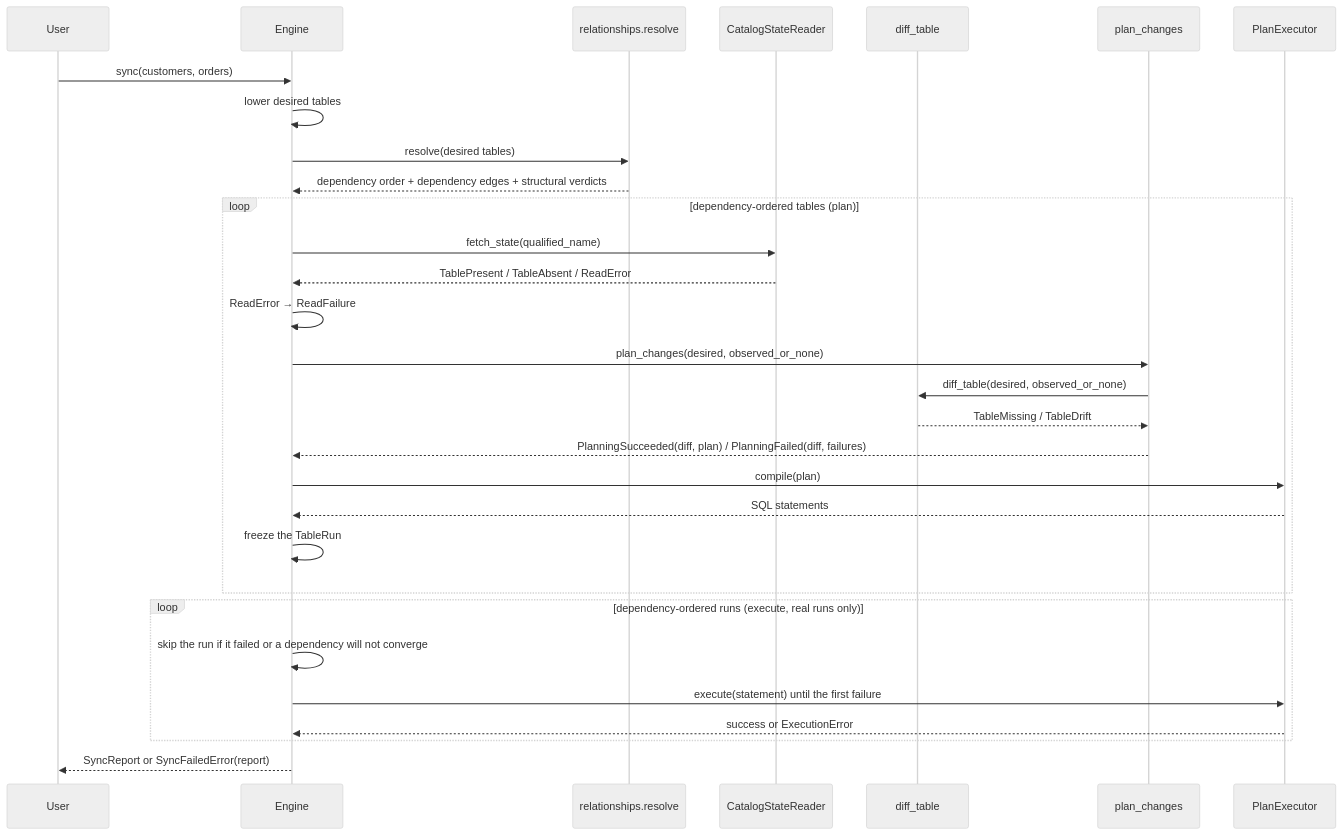
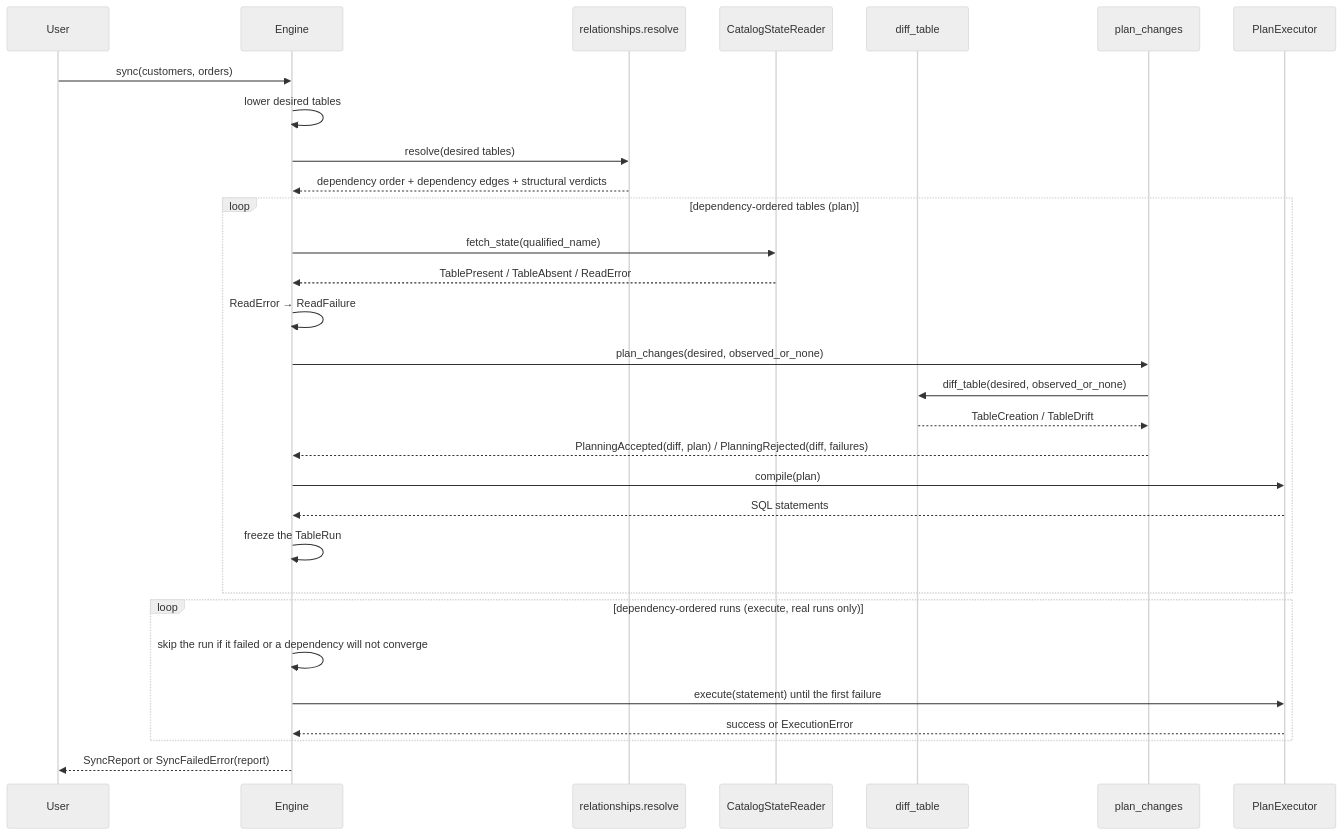
One commit to Tomoscorbin/delta-engine changed the third of 5 diagrams in docs/explanation-architecture.md. Above: the diagram before and after it, drawn with Mermaid (neutral theme). The commit also changed other lines of this file and 26 other files, not shown here.

````diff
--- a/docs/explanation-architecture.md
+++ b/docs/explanation-architecture.md
@@ -277,33 +277,33 @@
 ```mermaid
 sequenceDiagram
     participant User
     participant Engine
     participant Resolver as relationships.resolve
     participant Reader as CatalogStateReader
     participant Differ as diff_table
     participant Planner as plan_changes
     participant Executor as PlanExecutor
 
     User->>Engine: sync(customers, orders)
     Engine->>Engine: lower desired tables
     Engine->>Resolver: resolve(desired tables)
     Resolver-->>Engine: dependency order + dependency edges + structural verdicts
     loop dependency-ordered tables (plan)
         Engine->>Reader: fetch_state(qualified_name)
         Reader-->>Engine: TablePresent / TableAbsent / ReadError
         Engine->>Engine: ReadError → ReadFailure
         Engine->>Planner: plan_changes(desired, observed_or_none)
         Planner->>Differ: diff_table(desired, observed_or_none)
-        Differ-->>Planner: TableMissing / TableDrift
-        Planner-->>Engine: PlanningSucceeded(diff, plan) / PlanningFailed(diff, failures)
+        Differ-->>Planner: TableCreation / TableDrift
+        Planner-->>Engine: PlanningAccepted(diff, plan) / PlanningRejected(diff, failures)
         Engine->>Executor: compile(plan)
         Executor-->>Engine: SQL statements
         Engine->>Engine: freeze the TableRun
     end
     loop dependency-ordered runs (execute, real runs only)
         Engine->>Engine: skip the run if it failed or a dependency will not converge
         Engine->>Executor: execute(statement) until the first failure
         Executor-->>Engine: success or ExecutionError
     end
     Engine-->>User: SyncReport or SyncFailedError(report)
 ```
````
